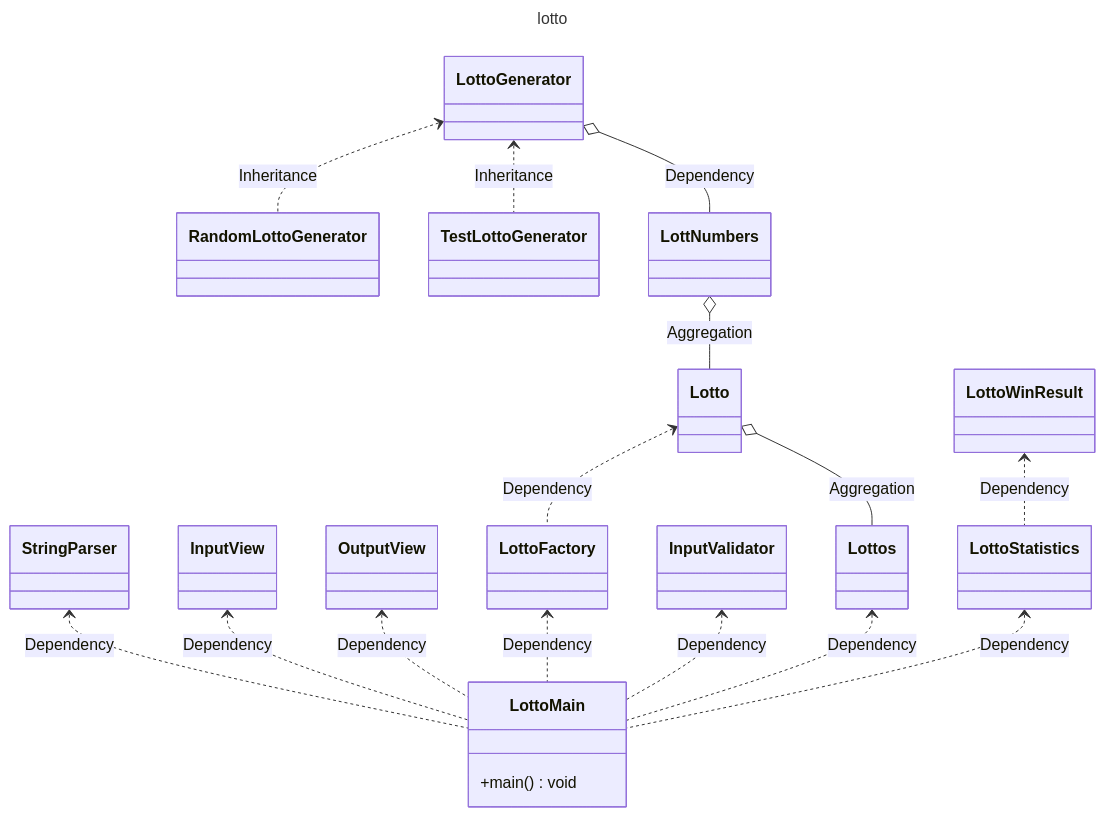
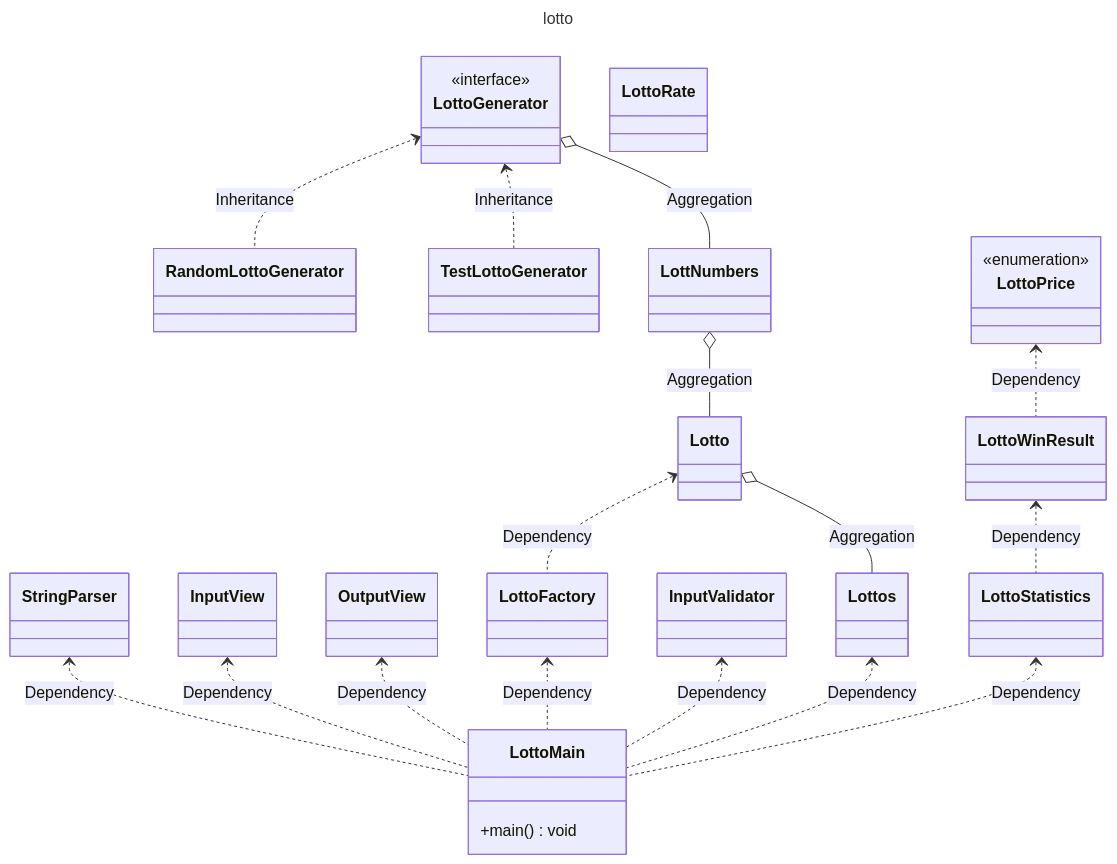
One commit to next-step/java-lotto changed the diagram in README.md. Above: the diagram before and after it, drawn with Mermaid. The commit also changed other lines of this file and 8 other files, not shown here.

````diff
--- a/README.md
+++ b/README.md
@@ -14,43 +16,38 @@
 title: lotto
 ---
 classDiagram
-%%    Animal <|-- Fish
-%%    Animal <|-- Zebra
-%%    Animal : +int age
-%%    Animal : +String gender
-%%    Animal: +isMammal()
-%%    Animal: +mate()
-    StringParser <.. LottoMain : Dependency
-    InputView <.. LottoMain : Dependency
-    OutputView <.. LottoMain : Dependency
-    LottoFactory <.. LottoMain : Dependency
-    InputValidator <.. LottoMain : Dependency
-    Lotto <.. LottoFactory : Dependency
-    LottoStatistics <.. LottoMain : Dependency
-    LottoGenerator <.. RandomLottoGenerator : Inheritance
-    LottoGenerator <.. TestLottoGenerator : Inheritance
-    Lottos <.. LottoMain : Dependency
-    Lotto o-- Lottos : Aggregation
-    LottNumbers o-- Lotto : Aggregation
-    LottoGenerator o-- LottNumbers : Dependency
-    LottoWinResult <.. LottoStatistics : Dependency
-        
-    class StringParser{
+    StringParser <.. LottoMain: Dependency
+    InputView <.. LottoMain: Dependency
+    OutputView <.. LottoMain: Dependency
+    LottoFactory <.. LottoMain: Dependency
+    InputValidator <.. LottoMain: Dependency
+    Lotto <.. LottoFactory: Dependency
+    LottoStatistics <.. LottoMain: Dependency
+    LottoGenerator <.. RandomLottoGenerator: Inheritance
+    LottoGenerator <.. TestLottoGenerator: Inheritance
+    Lottos <.. LottoMain: Dependency
+    Lotto o-- Lottos: Aggregation
+    LottNumbers o-- Lotto: Aggregation
+    LottoGenerator o-- LottNumbers: Aggregation
+    LottoWinResult <.. LottoStatistics: Dependency
+    LottoPrice <.. LottoWinResult: Dependency
+
+    class StringParser {
     }
 
-    class LottoWinResult{
+    class LottoWinResult {
     }
 
-    class Lotto{
-    }
-        
-    class Lottos{
+    class Lotto {
     }
 
-    class LottNumbers{
+    class Lottos {
     }
 
-    class LottoFactory{
+    class LottNumbers {
+    }
+
+    class LottoFactory {
     }
 
     class LottoMain {
@@ -58,37 +55,38 @@
     }
 
     class InputValidator {
-
     }
 
     class LottoGenerator {
-            
+        <<interface>>
     }
 
     class RandomLottoGenerator {
+    }
 
-    }
-        
     class TestLottoGenerator {
-
     }
 
     class LottoStatistics {
-        
     }
 
     class InputView {
-
     }
 
     class OutputView {
+    }
 
+    class LottoRate {
+    }
+
+    class LottoPrice {
+        <<enumeration>>
     }
 
     class OutputView {
-%%        -String Name
-%%        -int PosX
-%%        -int PosY
-%%        +Despawn() void
+    %%        -String Name
+    %%        -int PosX
+    %%        -int PosY
+    %%        +Despawn() void
     }
 ```
````
